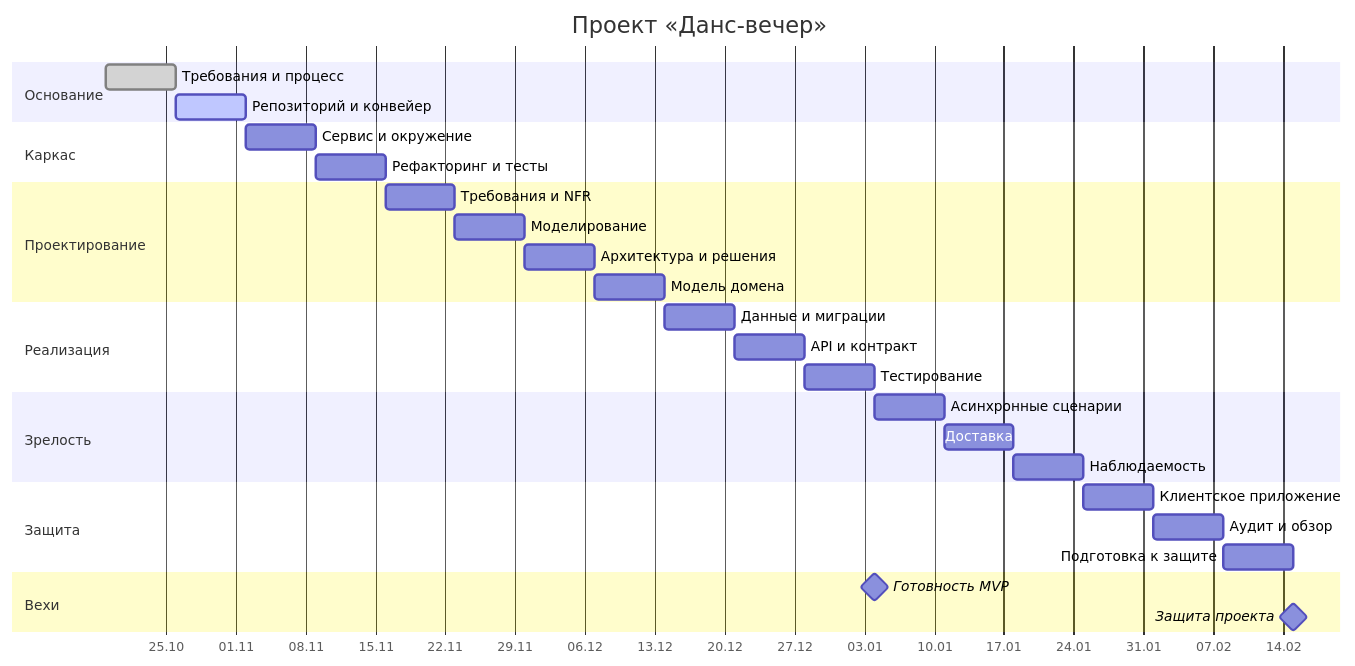
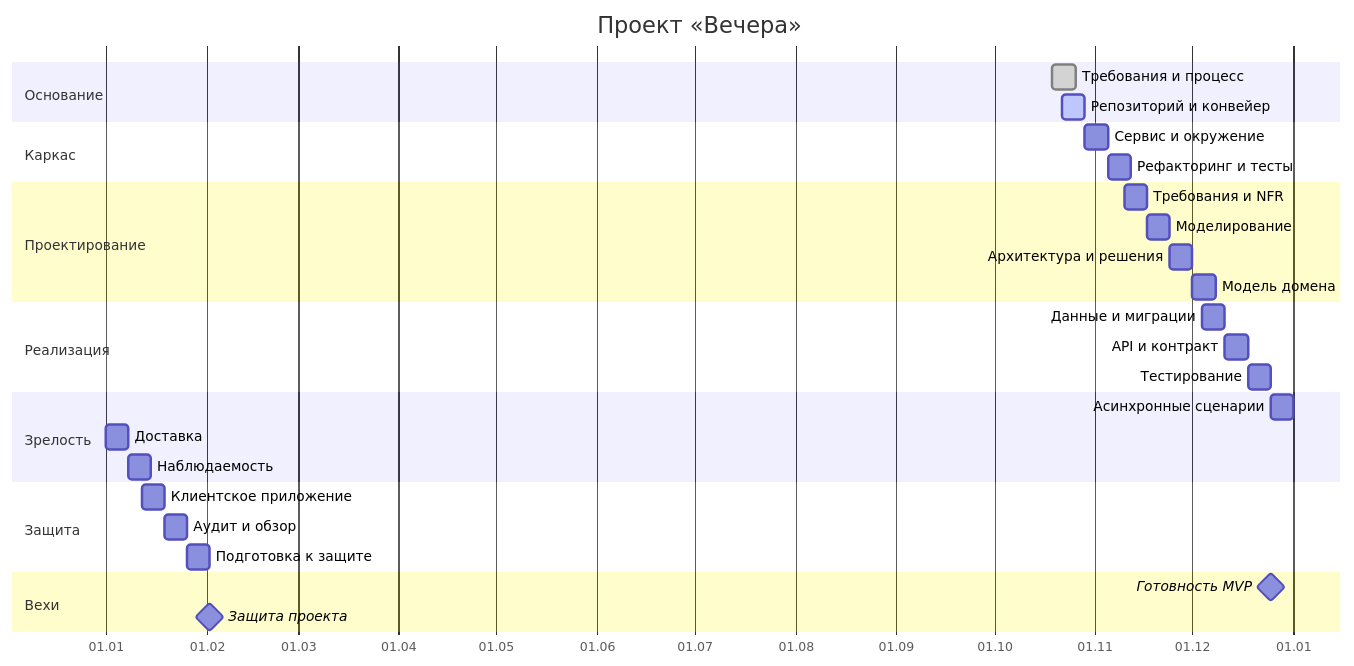
The diagram in docs/gantt.md (Respawn2/dance-evening), drawn with Mermaid before and after one commit. The commit also changed other lines of this file and 14 other files, not shown here.

````diff
--- a/docs/gantt.md
+++ b/docs/gantt.md
@@ -7,39 +12,39 @@
 ```mermaid
 gantt
-    title Проект «Данс-вечер»
+    title Проект «Вечера»
     dateFormat YYYY-MM-DD
     axisFormat %d.%m
 
     section Основание
     Требования и процесс      :done, m01, 2026-10-19, 7d
-    Репозиторий и конвейер    :active, m02, after m01, 7d
+    Репозиторий и конвейер    :active, m02, 2026-10-22, 7d
 
     section Каркас
-    Сервис и окружение        :m03, after m02, 7d
-    Рефакторинг и тесты       :m04, after m03, 7d
+    Сервис и окружение        :m03, 2026-10-29, 7d
+    Рефакторинг и тесты       :m04, 2026-11-05, 7d
 
     section Проектирование
-    Требования и NFR          :m05, after m04, 7d
-    Моделирование             :m06, after m05, 7d
-    Архитектура и решения     :m07, after m06, 7d
-    Модель домена             :m08, after m07, 7d
+    Требования и NFR          :m05, 2026-11-10, 7d
+    Моделирование             :m06, 2026-11-17, 7d
+    Архитектура и решения     :m07, 2026-11-24, 7d
+    Модель домена             :m08, 2026-12-01, 7d
 
     section Реализация
-    Данные и миграции         :m09, after m08, 7d
-    API и контракт            :m10, after m09, 7d
-    Тестирование              :m11, after m10, 7d
+    Данные и миграции         :m09, 2026-12-04, 7d
+    API и контракт            :m10, 2026-12-11, 7d
+    Тестирование              :m11, 2026-12-18, 7d
 
     section Зрелость
-    Асинхронные сценарии      :m12, after m11, 7d
-    Доставка                  :m13, after m12, 7d
-    Наблюдаемость             :m14, after m13, 7d
+    Асинхронные сценарии      :m12, 2026-12-25, 7d
+    Доставка                  :m13, 2026-01-01, 7d
+    Наблюдаемость             :m14, 2026-01-08, 7d
 
     section Защита
-    Клиентское приложение     :m15, after m14, 7d
-    Аудит и обзор             :m16, after m15, 7d
-    Подготовка к защите       :m17, after m16, 7d
+    Клиентское приложение     :m15, 2026-01-12, 7d
+    Аудит и обзор             :m16, 2026-01-19, 7d
+    Подготовка к защите       :m17, 2026-01-26, 7d
 
     section Вехи
-    Готовность MVP            :milestone, mvp, after m11, 0d
-    Защита проекта            :milestone, final, after m17, 0d
+    Готовность MVP            :milestone, mvp, 2026-12-25, 0d
+    Защита проекта            :milestone, final, 2026-02-02, 0d
 ```
````
